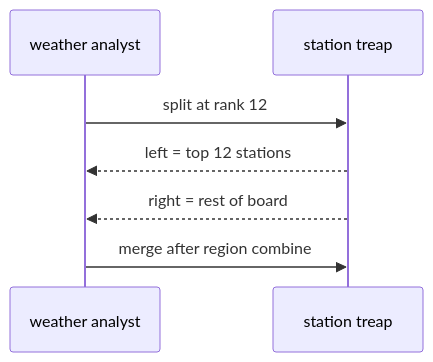
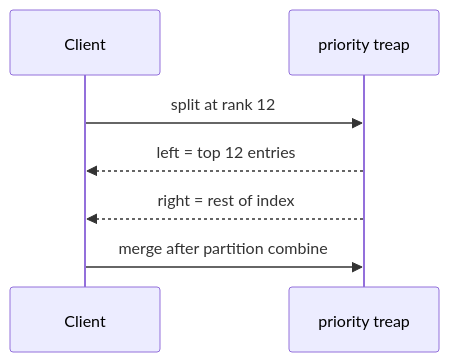
One commit to qgjones9/python-programming-guide changed the second of 6 diagrams in docs/dsa/data-structures/treaps/index.md. Above: the diagram before and after it, drawn with Mermaid. The commit also changed other lines of this file and 31 other files, not shown here.

````diff
--- a/docs/dsa/data-structures/treaps/index.md
+++ b/docs/dsa/data-structures/treaps/index.md
@@ -59,9 +59,9 @@
 ```mermaid
 sequenceDiagram
-  participant Analyst as weather analyst
-  participant T as station treap
-  Analyst->>T: split at rank 12
-  T-->>Analyst: left = top 12 stations
-  T-->>Analyst: right = rest of board
-  Analyst->>T: merge after region combine
+  participant Client
+  participant T as priority treap
+  Client->>T: split at rank 12
+  T-->>Client: left = top 12 entries
+  T-->>Client: right = rest of index
+  Client->>T: merge after partition combine
 ```
````
